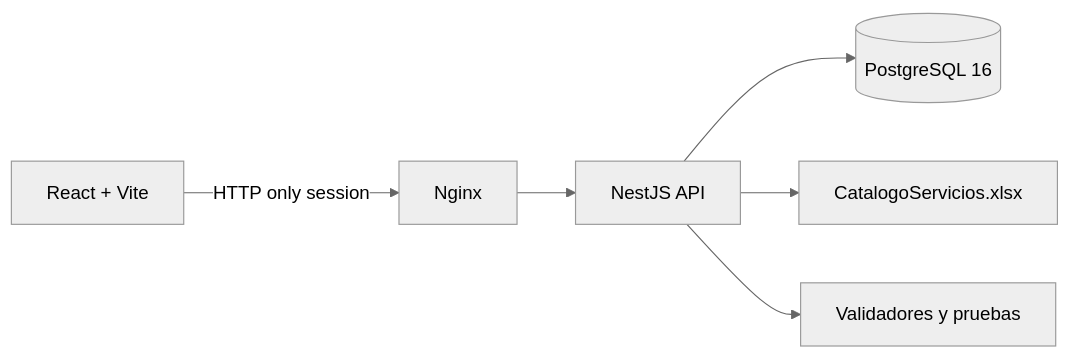
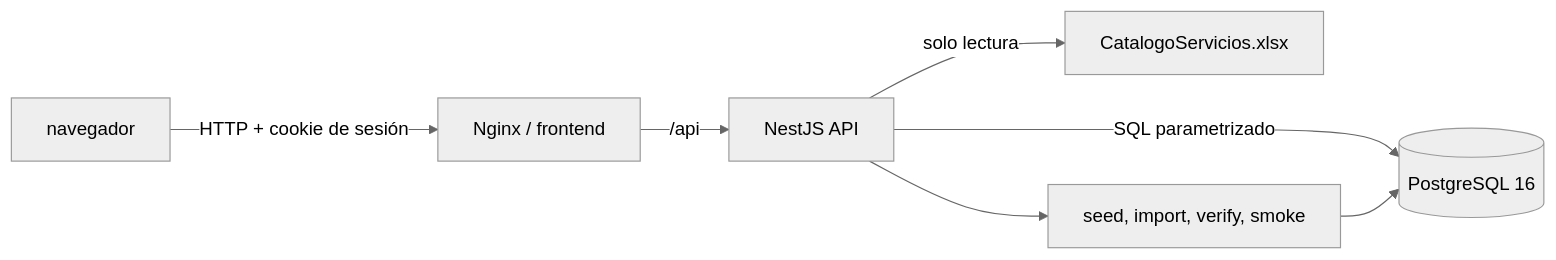
The first of 2 diagrams in docs/RESOLUCION.md (DavidVelasquez77/parcial-catalogo-servicios-202307705), drawn with Mermaid (neutral theme) before and after one commit. The commit also changed other lines of this file and 13 other files, not shown here.

````diff
--- a/docs/RESOLUCION.md
+++ b/docs/RESOLUCION.md
@@ -11,8 +68,9 @@
-```mermaid
+~~~mermaid
 flowchart LR
-  Browser[React + Vite] -->|HTTP only session| Web[Nginx]
-  Web --> API[NestJS API]
-  API --> DB[(PostgreSQL 16)]
-  API --> XLSX[CatalogoServicios.xlsx]
-  API --> Checks[Validadores y pruebas]
-```
+    B[ navegador ] -->|HTTP + cookie de sesión| W[Nginx / frontend]
+    W -->|/api| A[NestJS API]
+    A -->|SQL parametrizado| D[(PostgreSQL 16)]
+    A -->|solo lectura| X[CatalogoServicios.xlsx]
+    A --> V[seed, import, verify, smoke]
+    V --> D
+~~~
````
